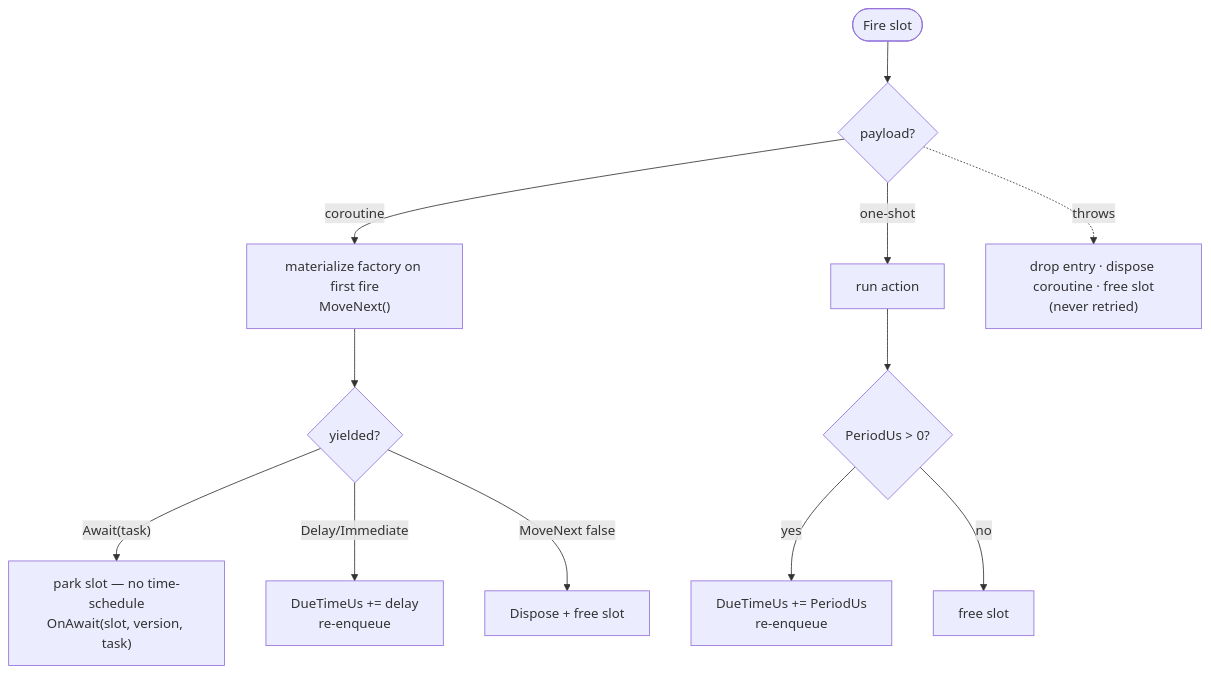
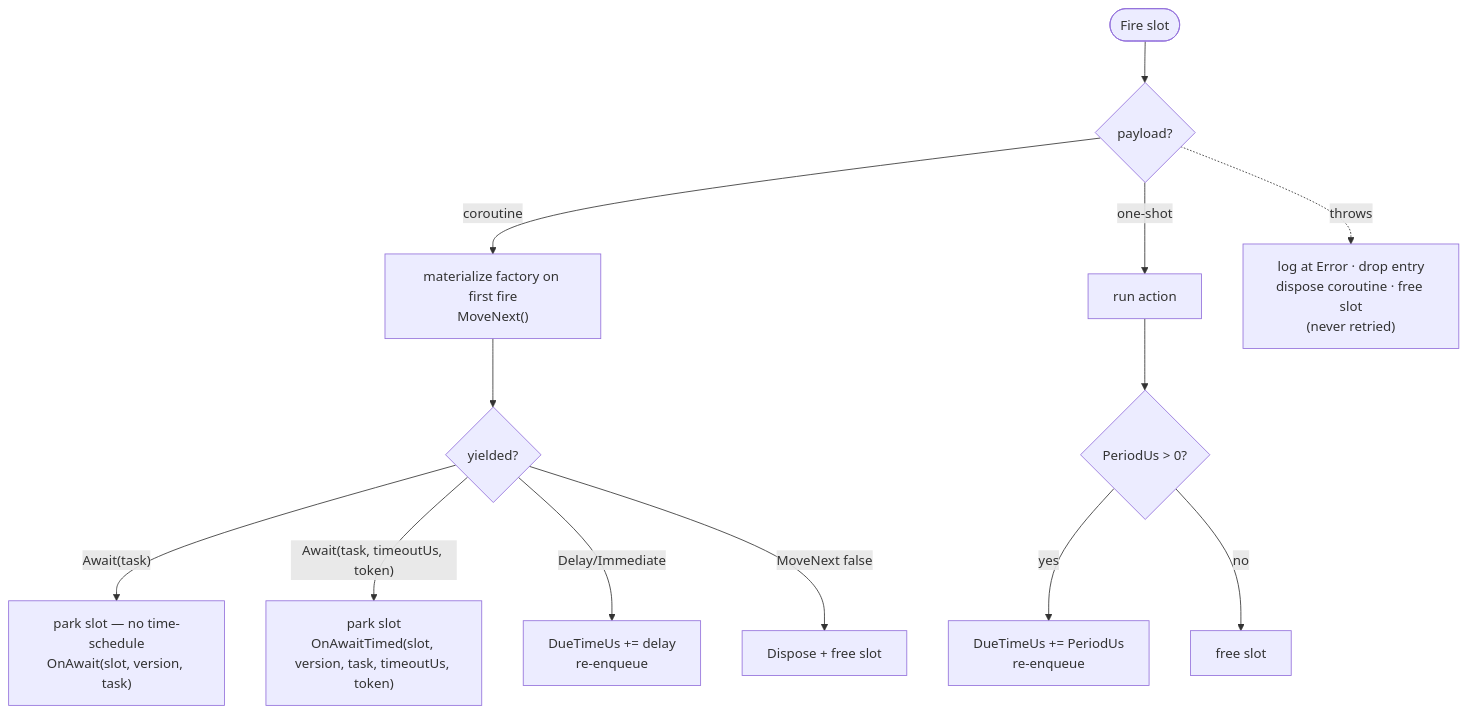
The third of 4 diagrams in public/content/event-queue-and-scheduling.md (SimulaSharp-org/simulasharp-docs), drawn with Mermaid before and after one commit. The commit also changed other lines of this file and 2 other files, not shown here.

````diff
--- a/public/content/event-queue-and-scheduling.md
+++ b/public/content/event-queue-and-scheduling.md
@@ -151,14 +174,15 @@
 ```mermaid
 flowchart TB
   F([Fire slot]) --> TRY{payload?}
   TRY -->|coroutine| CO["materialize factory on first fire<br/>MoveNext()"]
   CO --> COY{yielded?}
   COY -->|"Await(task)"| PARK["park slot — no time-schedule<br/>OnAwait(slot, version, task)"]
+  COY -->|"Await(task, timeoutUs, token)"| PARKT["park slot<br/>OnAwaitTimed(slot, version, task, timeoutUs, token)"]
   COY -->|"Delay/Immediate"| REQ["DueTimeUs += delay<br/>re-enqueue"]
   COY -->|"MoveNext false"| DISP["Dispose + free slot"]
   TRY -->|one-shot| OS["run action"]
   OS --> PER{PeriodUs &gt; 0?}
   PER -->|yes| REARM["DueTimeUs += PeriodUs<br/>re-enqueue"]
   PER -->|no| FREE1["free slot"]
-  TRY -.->|throws| CATCH["drop entry · dispose coroutine · free slot<br/>(never retried)"]
+  TRY -.->|throws| CATCH["log at Error · drop entry<br/>dispose coroutine · free slot<br/>(never retried)"]
 ```
````
